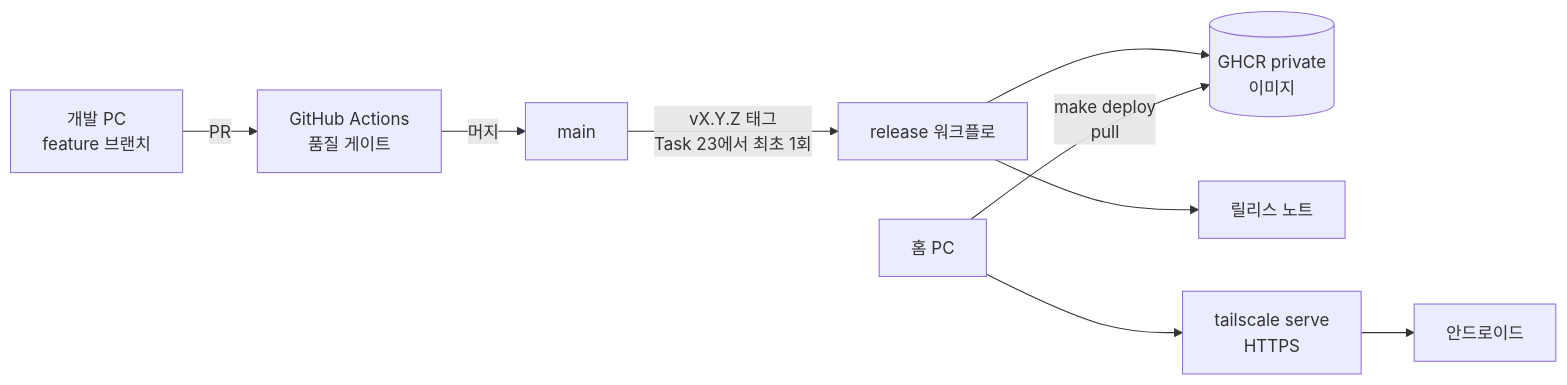
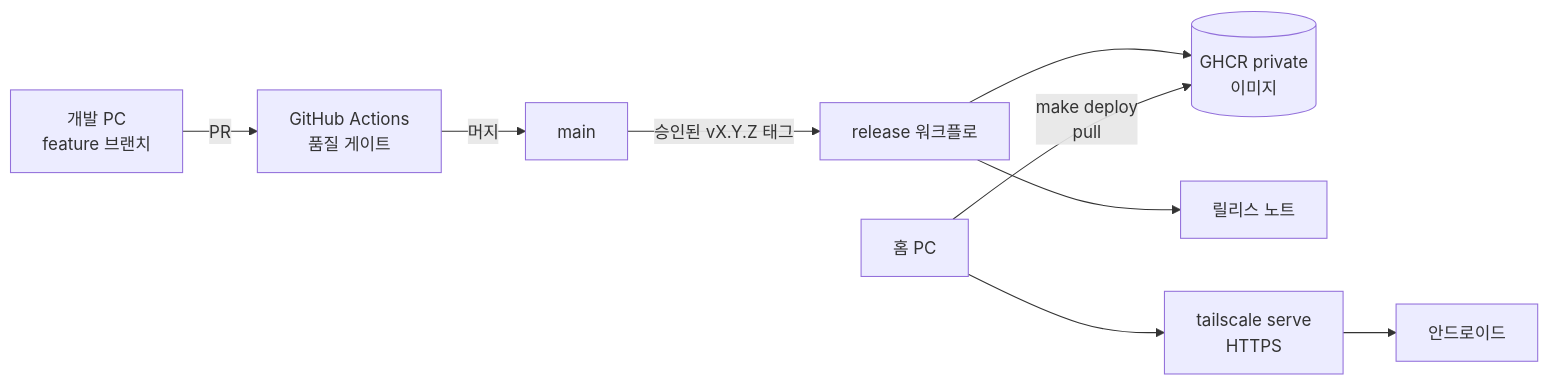
Before and after one commit to jihoon22-lee/SoolJang: the fifth of 5 diagrams in docs/architecture.md, drawn with Mermaid. The commit also changed other lines of this file and 9 other files, not shown here.

````diff
--- a/docs/architecture.md
+++ b/docs/architecture.md
@@ -832,11 +839,11 @@
 ```mermaid
 flowchart LR
     DEV[개발 PC<br/>feature 브랜치] -->|PR| GH[GitHub Actions<br/>품질 게이트]
     GH -->|머지| MAIN[main]
-    MAIN -->|vX.Y.Z 태그<br/>Task 23에서 최초 1회| REL[release 워크플로]
+    MAIN -->|승인된 vX.Y.Z 태그| REL[release 워크플로]
     REL --> GHCR[(GHCR private<br/>이미지)]
     REL --> NOTES[릴리스 노트]
     HOME[홈 PC] -->|make deploy<br/>pull| GHCR
     HOME --> TSNET[tailscale serve<br/>HTTPS]
     TSNET --> PHONE[안드로이드]
 ```
````
